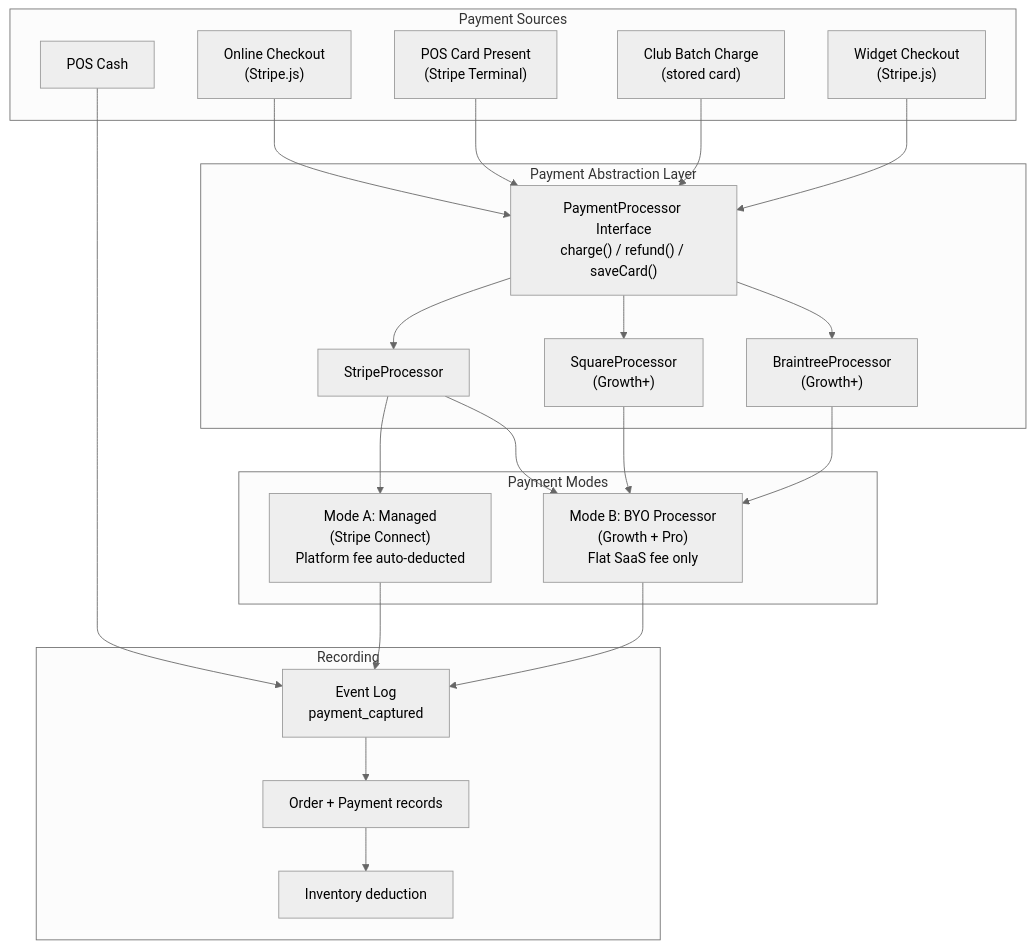
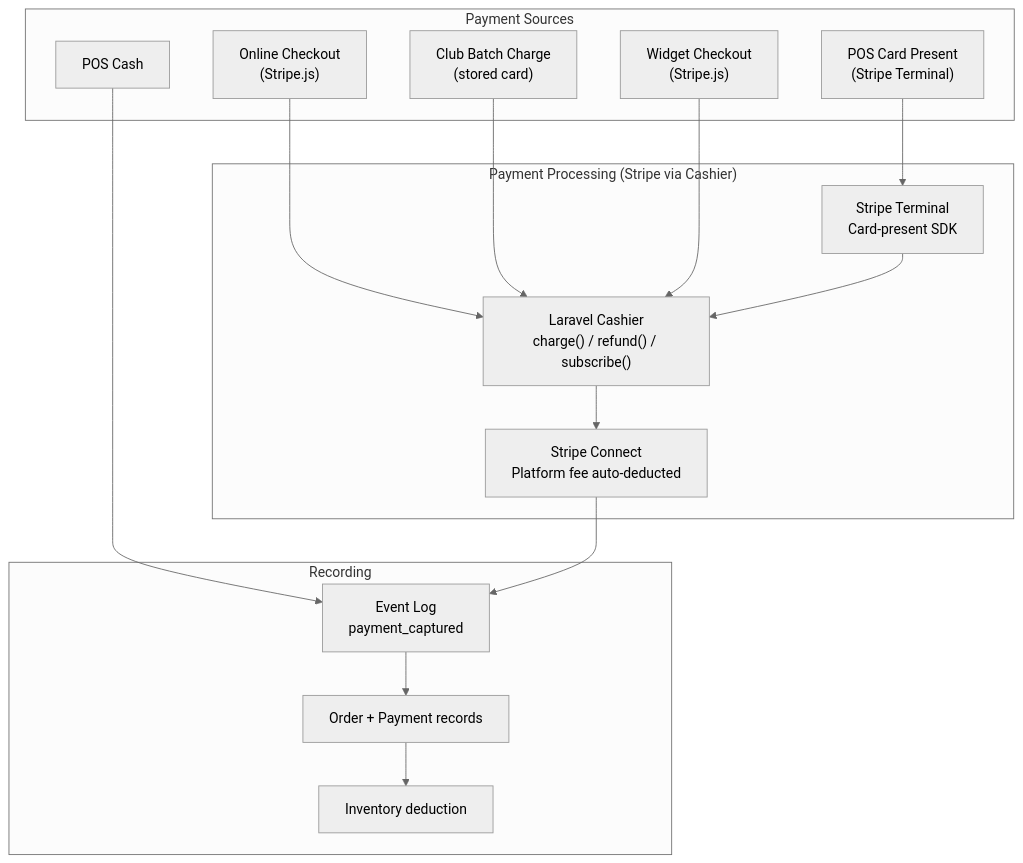
One commit to KoldenAxelson/VineSuite changed the diagram in docs/diagrams/payment-flow.mermaid. Above: the diagram before and after it, drawn with Mermaid (neutral theme). The commit also changed 38 other files, not shown here.

```diff
--- a/docs/diagrams/payment-flow.mermaid
+++ b/docs/diagrams/payment-flow.mermaid
@@ -1,46 +1,35 @@
 graph TB
     subgraph Sources["Payment Sources"]
         OnlineCheckout["Online Checkout<br/>(Stripe.js)"]
         POSCard["POS Card Present<br/>(Stripe Terminal)"]
         POSCash["POS Cash"]
         ClubCharge["Club Batch Charge<br/>(stored card)"]
         WidgetCheckout["Widget Checkout<br/>(Stripe.js)"]
     end
 
-    subgraph Abstraction["Payment Abstraction Layer"]
-        Interface["PaymentProcessor Interface<br/>charge() / refund() / saveCard()"]
-        StripeImpl["StripeProcessor"]
-        SquareImpl["SquareProcessor<br/>(Growth+)"]
-        BraintreeImpl["BraintreeProcessor<br/>(Growth+)"]
-    end
-
-    subgraph Modes["Payment Modes"]
-        Managed["Mode A: Managed<br/>(Stripe Connect)<br/>Platform fee auto-deducted"]
-        BYO["Mode B: BYO Processor<br/>(Growth + Pro)<br/>Flat SaaS fee only"]
+    subgraph Processing["Payment Processing (Stripe via Cashier)"]
+        Cashier["Laravel Cashier<br/>charge() / refund() / subscribe()"]
+        Connect["Stripe Connect<br/>Platform fee auto-deducted"]
+        Terminal["Stripe Terminal<br/>Card-present SDK"]
     end
 
     subgraph Recording["Recording"]
         Event["Event Log<br/>payment_captured"]
         Order["Order + Payment records"]
         Inventory["Inventory deduction"]
     end
 
-    OnlineCheckout --> Interface
-    POSCard --> Interface
-    ClubCharge --> Interface
-    WidgetCheckout --> Interface
+    OnlineCheckout --> Cashier
+    ClubCharge --> Cashier
+    WidgetCheckout --> Cashier
+    POSCard --> Terminal
+    Terminal --> Cashier
     POSCash --> Event
 
-    Interface --> StripeImpl
-    Interface --> SquareImpl
-    Interface --> BraintreeImpl
-
-    StripeImpl --> Managed
-    StripeImpl --> BYO
-    SquareImpl --> BYO
-    BraintreeImpl --> BYO
-
-    Managed --> Event
-    BYO --> Event
+    Cashier --> Connect
+    Connect --> Event
     Event --> Order
     Order --> Inventory
+
+    %% Future: PaymentProcessor interface to abstract
+    %% Square/Braintree as BYO options for Pro+ tiers
```
